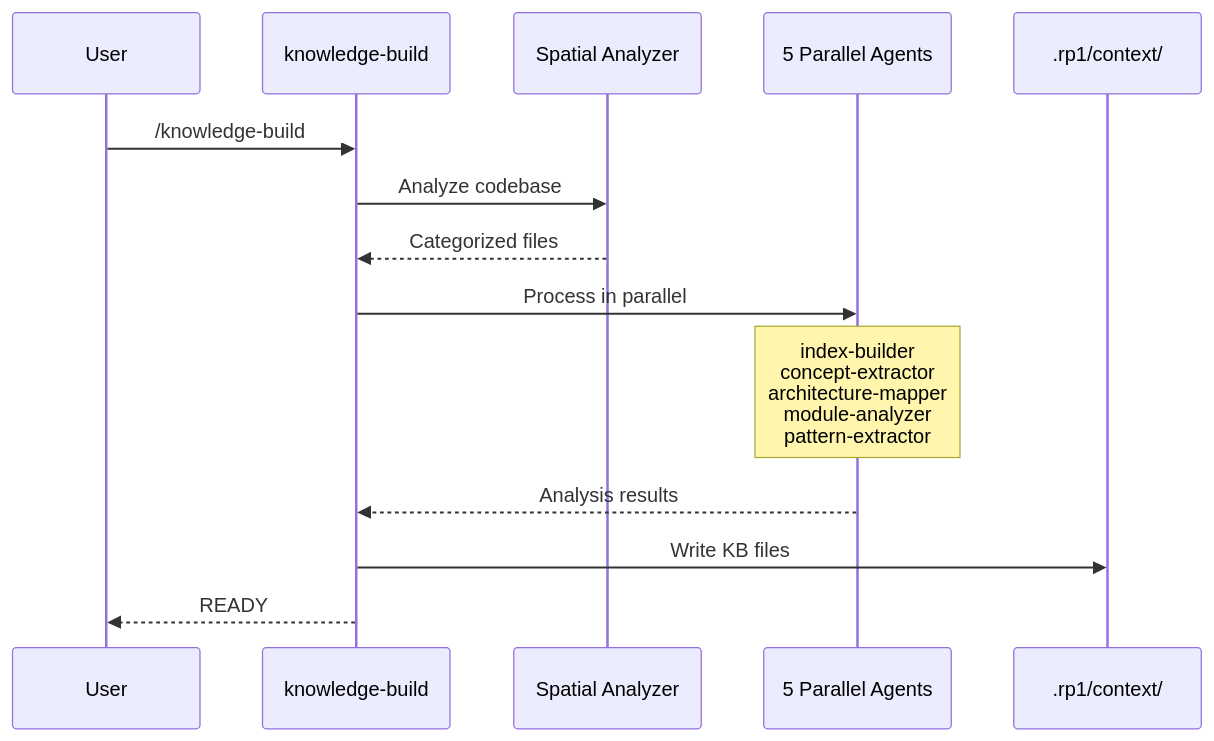
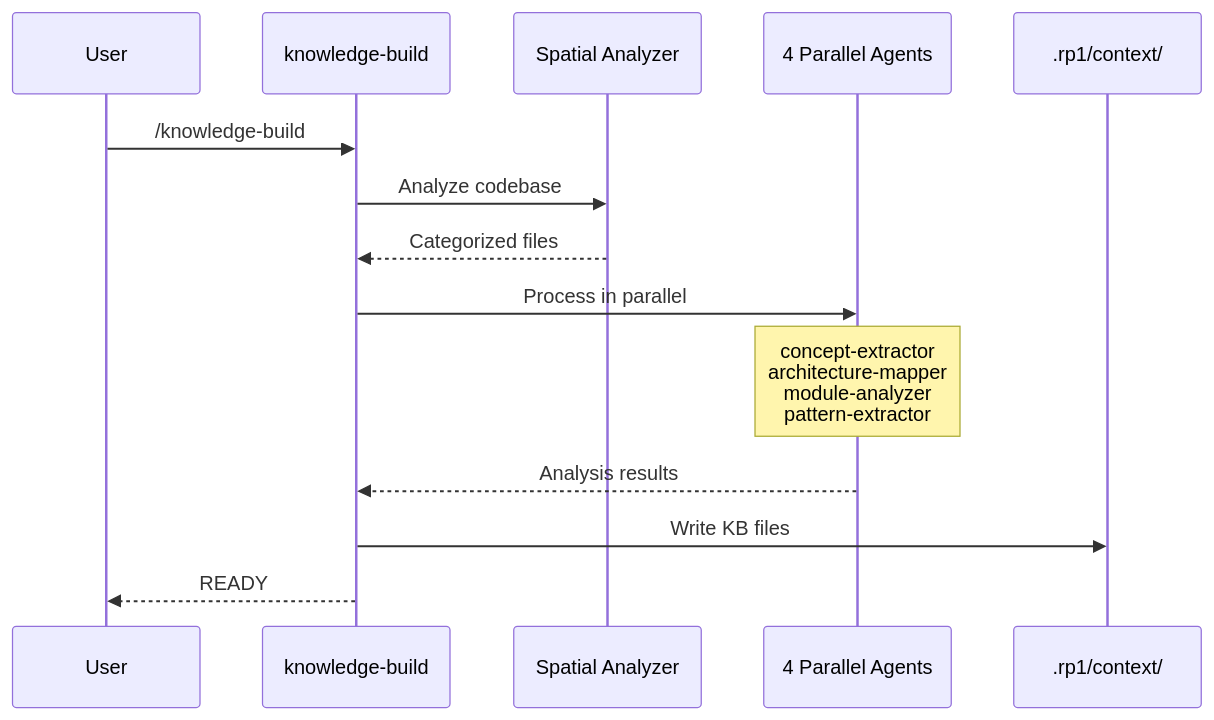
The first of 2 diagrams in docs/concepts/knowledge-aware-agents.md (rp1-run/rp1), drawn with Mermaid before and after one commit. The commit also changed 41 other files, not shown here.

````diff
--- a/docs/concepts/knowledge-aware-agents.md
+++ b/docs/concepts/knowledge-aware-agents.md
@@ -36,17 +36,17 @@
 ```mermaid
 sequenceDiagram
     participant User
     participant KB as knowledge-build
     participant SA as Spatial Analyzer
-    participant Agents as 5 Parallel Agents
+    participant Agents as 4 Parallel Agents
     participant Files as .rp1/context/
 
     User->>KB: /knowledge-build
     KB->>SA: Analyze codebase
     SA-->>KB: Categorized files
     KB->>Agents: Process in parallel
-    Note over Agents: index-builder<br/>concept-extractor<br/>architecture-mapper<br/>module-analyzer<br/>pattern-extractor
+    Note over Agents: concept-extractor<br/>architecture-mapper<br/>module-analyzer<br/>pattern-extractor
     Agents-->>KB: Analysis results
     KB->>Files: Write KB files
     KB-->>User: READY
 ```
````
